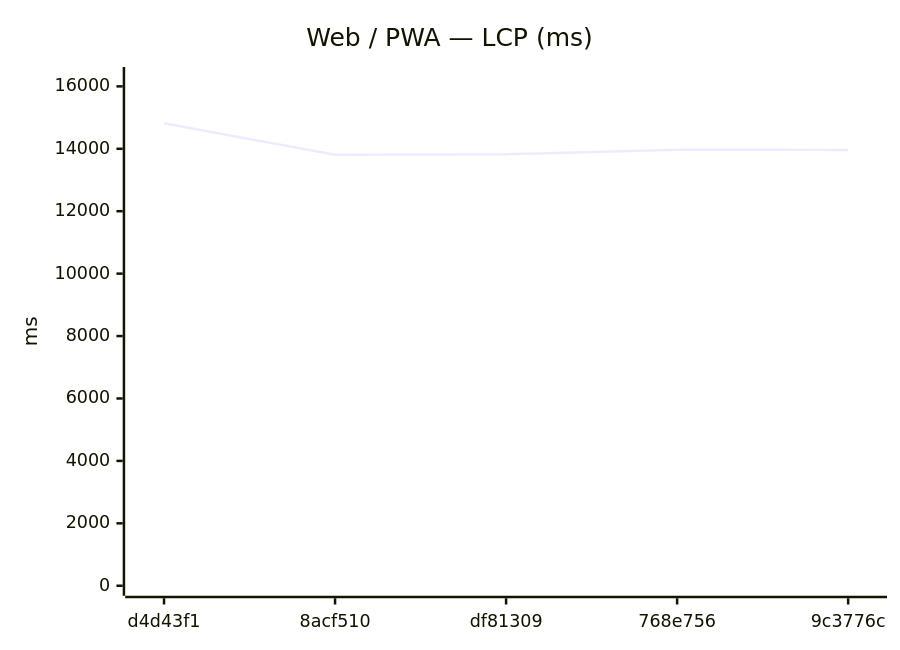
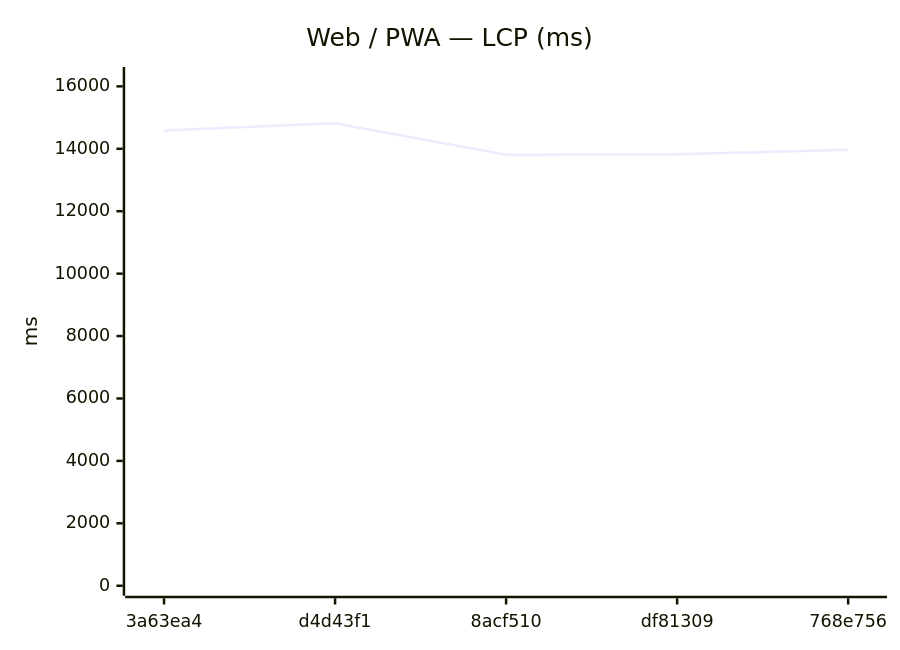
The seventh of 18 diagrams in benchmarks/compare.md (Metaheurist/Rianell), drawn with Mermaid before and after one commit. The commit also changed other lines of this file and 11 other files, not shown here.

````diff
--- a/benchmarks/compare.md
+++ b/benchmarks/compare.md
@@ -117,7 +117,7 @@
 ```mermaid
 xychart-beta
     title "Web / PWA — LCP (ms)"
-    x-axis ["d4d43f1", "8acf510", "df81309", "768e756", "9c3776c"]
+    x-axis ["3a63ea4", "d4d43f1", "8acf510", "df81309", "768e756"]
     y-axis "ms" 0 --> 16300
-    line [14818, 13807, 13825, 13971, 13962]
+    line [14588, 14818, 13807, 13825, 13971]
 ```
````
